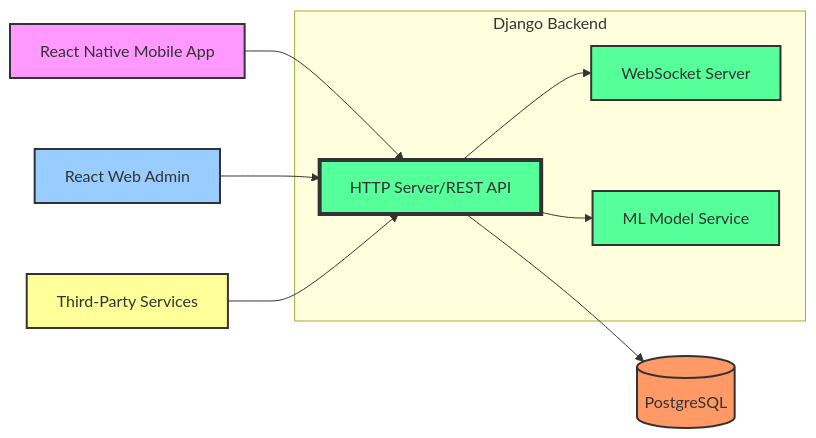
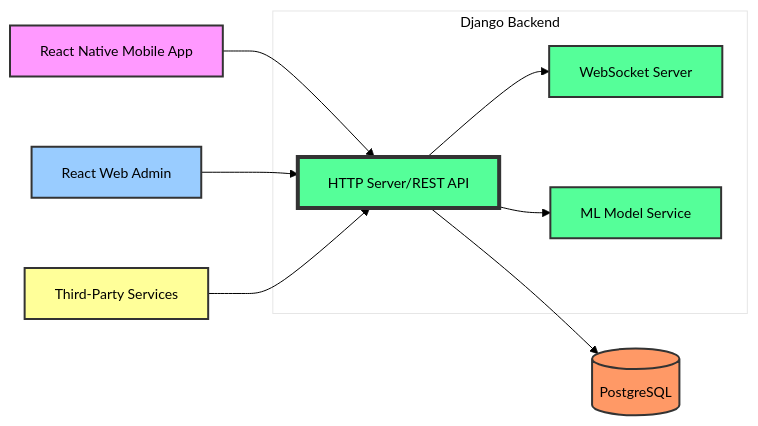
The diagram in README.md (PajiiMarr/crimsotech), drawn with Mermaid before and after one commit.

Commit message:
Color contrast for graph.

````diff
--- a/README.md
+++ b/README.md
@@ -36,23 +36,24 @@
 ```mermaid
+%%{init: {'theme': 'base', 'themeVariables': { 'background': '#ffffff', 'primaryColor': '#238636', 'primaryBorderColor': '#2ea043', 'primaryTextColor': '#000000', 'lineColor': '#000000', 'secondaryColor': '#f0f0f0', 'tertiaryColor': '#ffffff', 'fontFamily': 'arial', 'fontSize': '14px'}}}%%
 graph LR
     A[React Native Mobile App] --> D[HTTP Server/REST API]
     B[React Web Admin] --> D
     C[Third-Party Services] --> D
     D --> E[(PostgreSQL)]
     D --> F[WebSocket Server]
     D --> G[ML Model Service]
     
     subgraph "Django Backend"
         D
         F
         G
     end
     
-    style A fill:#f9f,stroke:#333,stroke-width:2px
-    style B fill:#9cf,stroke:#333,stroke-width:2px
-    style C fill:#ff9,stroke:#333,stroke-width:2px
-    style D fill:#5f9,stroke:#333,stroke-width:4px
-    style E fill:#f96,stroke:#333,stroke-width:2px
-    style F fill:#5f9,stroke:#333,stroke-width:2px
-    style G fill:#5f9,stroke:#333,stroke-width:2px
+    style A fill:#f9f,stroke:#333,stroke-width:2px,color:#000000
+    style B fill:#9cf,stroke:#333,stroke-width:2px,color:#000000
+    style C fill:#ff9,stroke:#333,stroke-width:2px,color:#000000
+    style D fill:#5f9,stroke:#333,stroke-width:4px,color:#000000
+    style E fill:#f96,stroke:#333,stroke-width:2px,color:#000000
+    style F fill:#5f9,stroke:#333,stroke-width:2px,color:#000000
+    style G fill:#5f9,stroke:#333,stroke-width:2px,color:#000000
 ```
````
